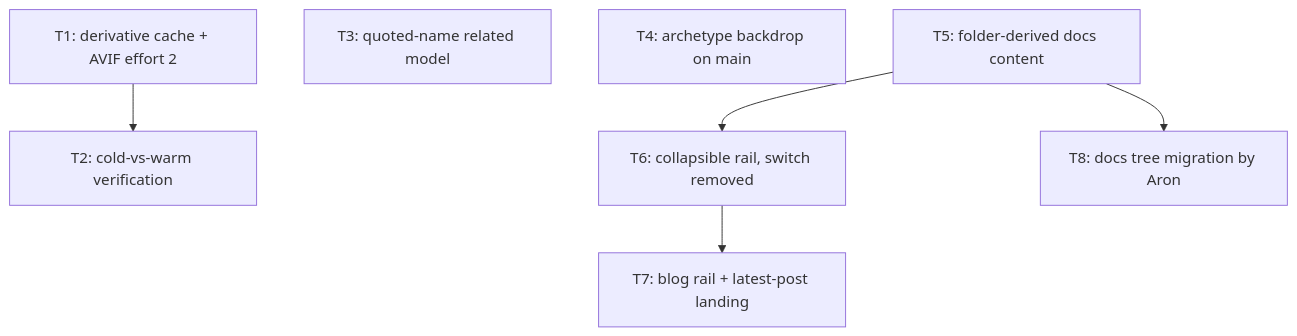
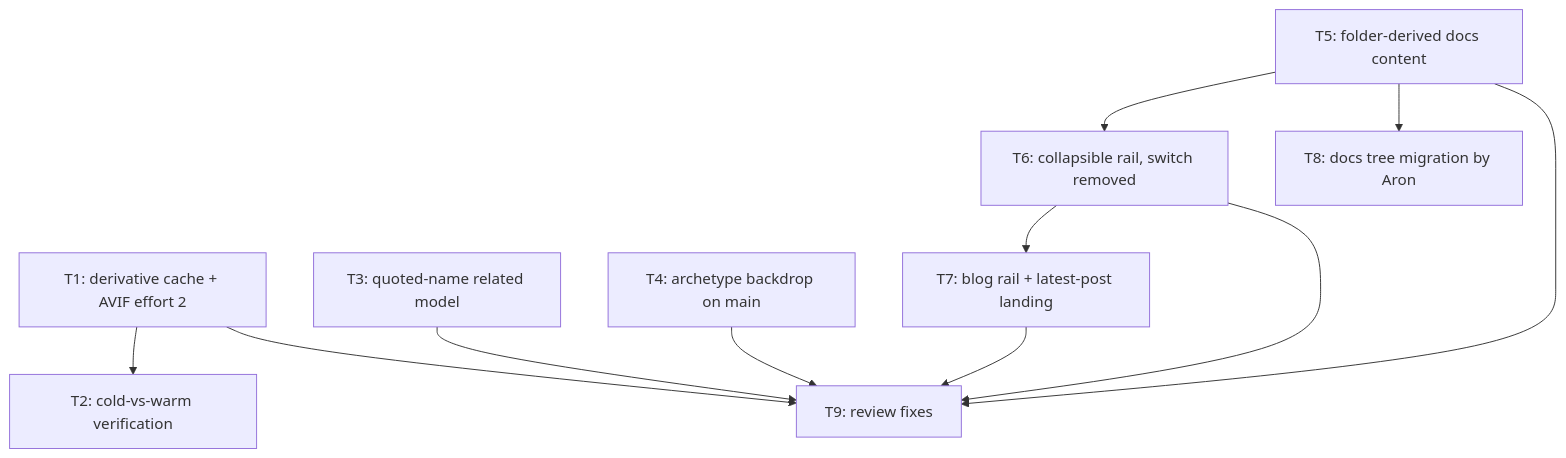
Before and after one commit to AronGomu/Essentia: the diagram in ai-artifacts/PLAN_2026_08_13_feedback_batch_3.md, drawn with Mermaid. The commit also changed other lines of this file and 5 other files, not shown here.

````diff
--- a/ai-artifacts/PLAN_2026_08_13_feedback_batch_3.md
+++ b/ai-artifacts/PLAN_2026_08_13_feedback_batch_3.md
@@ -35,9 +35,15 @@
 ```mermaid
 flowchart TD
 T1[T1: derivative cache + AVIF effort 2] --> T2[T2: cold-vs-warm verification]
 T3[T3: quoted-name related model]
 T4[T4: archetype backdrop on main]
 T5[T5: folder-derived docs content] --> T6[T6: collapsible rail, switch removed]
 T6 --> T7[T7: blog rail + latest-post landing]
 T5 --> T8[T8: docs tree migration by Aron]
+T1 --> T9[T9: review fixes]
+T3 --> T9
+T4 --> T9
+T5 --> T9
+T6 --> T9
+T7 --> T9
 ```
````
